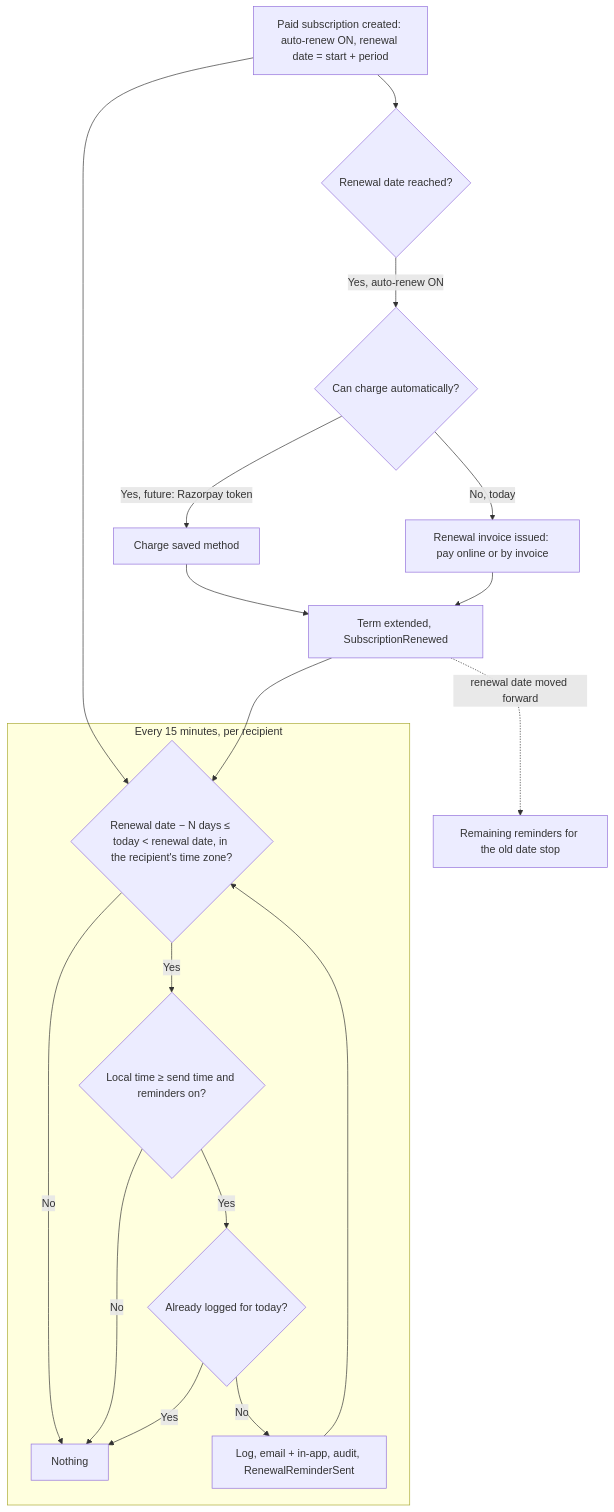
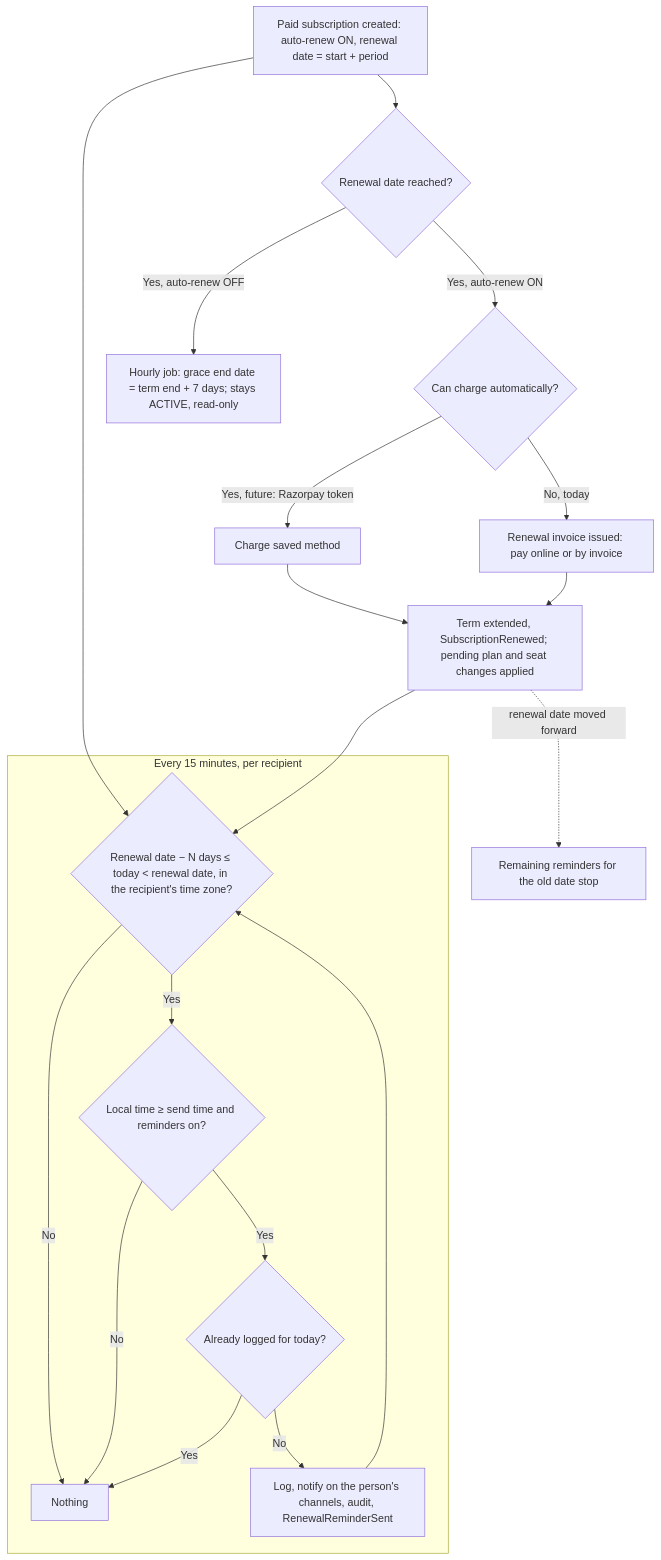
One commit to evyoog/Enterprise-Intelligence-Suite changed the first of 4 diagrams in docs/02-requirements/FRD/renewal-reminders/workflow.md. Above: the diagram before and after it, drawn with Mermaid. The commit also changed other lines of this file and 18 other files, not shown here.

````diff
--- a/docs/02-requirements/FRD/renewal-reminders/workflow.md
+++ b/docs/02-requirements/FRD/renewal-reminders/workflow.md
@@ -3,21 +3,22 @@
 ```mermaid
 flowchart TD
     S[Paid subscription created: auto-renew ON, renewal date = start + period] --> R1
     subgraph Reminders [Every 15 minutes, per recipient]
       R1{Renewal date − N days ≤ today < renewal date, in the recipient's time zone?} -- No --> R0[Nothing]
       R1 -- Yes --> R2{Local time ≥ send time and reminders on?}
       R2 -- No --> R0
       R2 -- Yes --> R3{Already logged for today?}
       R3 -- Yes --> R0
-      R3 -- No --> R4[Log, email + in-app, audit, RenewalReminderSent]
+      R3 -- No --> R4[Log, notify on the person's channels, audit, RenewalReminderSent]
     end
     R4 --> R1
     S --> T{Renewal date reached?}
     T -- Yes, auto-renew ON --> U{Can charge automatically?}
     U -- Yes, future: Razorpay token --> V[Charge saved method]
     U -- No, today --> W[Renewal invoice issued: pay online or by invoice]
-    V --> X[Term extended, SubscriptionRenewed]
+    V --> X[Term extended, SubscriptionRenewed; pending plan and seat changes applied]
     W --> X
     X --> R1
     X -. renewal date moved forward .-> Stop[Remaining reminders for the old date stop]
+    T -- Yes, auto-renew OFF --> G[Hourly job: grace end date = term end + 7 days; stays ACTIVE, read-only]
 ```
````
